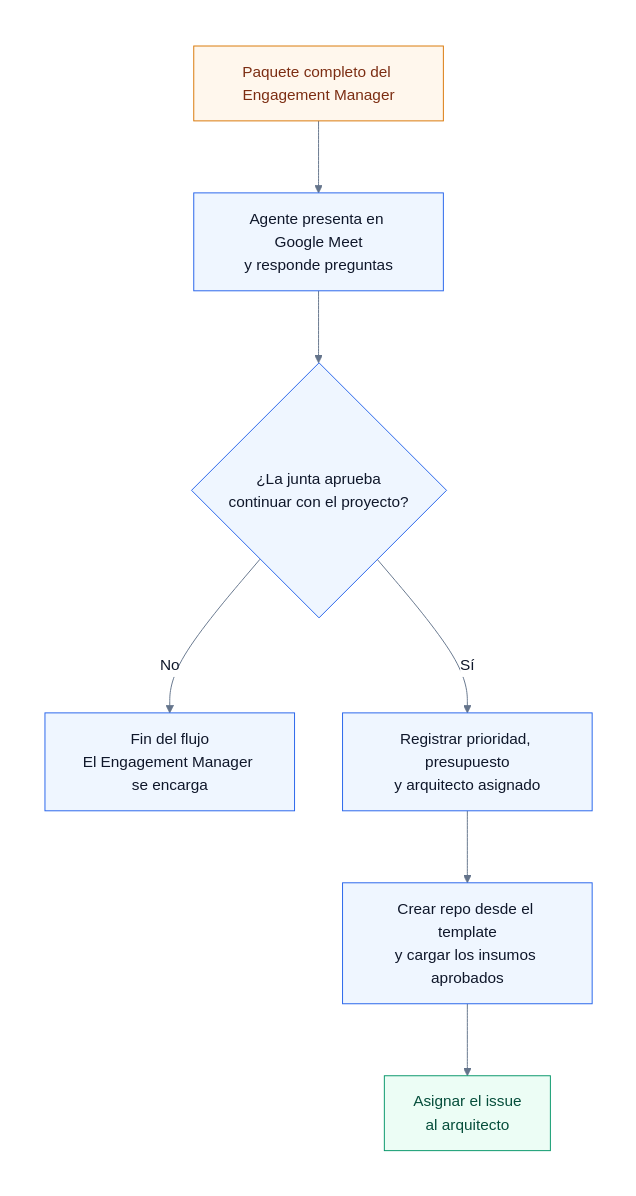
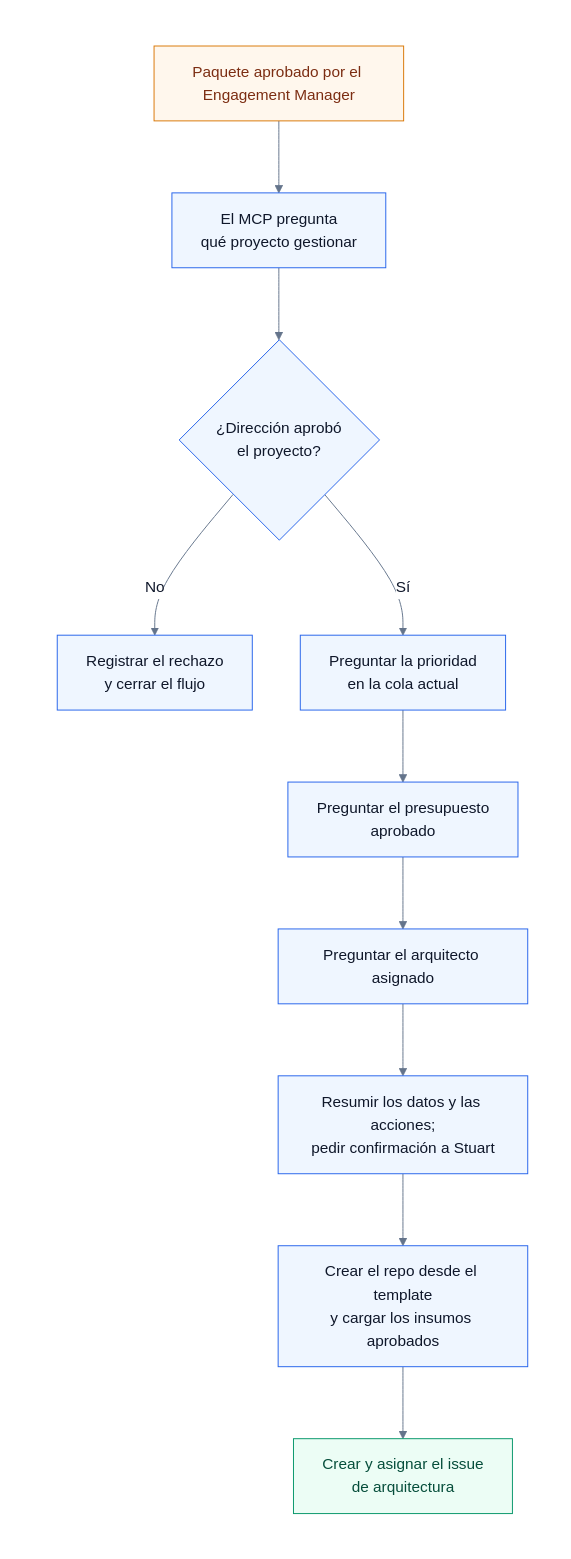
The second of 6 diagrams in issues.md (marcor0311/aws-cloud-consultant-agent), drawn with Mermaid before and after one commit. The commit also changed other lines of this file and 71 other files, not shown here.

````diff
--- a/issues.md
+++ b/issues.md
@@ -54,19 +53,22 @@
 ```mermaid
 %%{init: {"theme":"base","themeVariables":{"darkMode":false,"background":"#ffffff","primaryColor":"#eff6ff","primaryTextColor":"#0f172a","primaryBorderColor":"#2563eb","lineColor":"#64748b","edgeLabelBackground":"#ffffff","clusterBkg":"#ffffff","clusterBorder":"#cbd5e1"},"flowchart":{"diagramPadding":0}}}%%
 flowchart TB
     subgraph lienzo[" "]
         direction TB
-        insumos["Paquete completo del Engagement Manager"] --> agente["Agente presenta en Google Meet<br/>y responde preguntas"]
-        agente --> junta{"¿La junta aprueba<br/>continuar con el proyecto?"}
-        junta -->|No| fin["Fin del flujo<br/>El Engagement Manager se encarga"]
-        junta -->|Sí| decision["Registrar prioridad, presupuesto<br/>y arquitecto asignado"]
-        decision --> repo["Crear repo desde el template<br/>y cargar los insumos aprobados"]
-        repo --> entrega["Asignar el issue<br/>al arquitecto"]
+        insumos["Paquete aprobado por el Engagement Manager"] --> identificar["El MCP pregunta<br/>qué proyecto gestionar"]
+        identificar --> aprobacion{"¿Dirección aprobó<br/>el proyecto?"}
+        aprobacion -->|No| fin["Registrar el rechazo<br/>y cerrar el flujo"]
+        aprobacion -->|Sí| prioridad["Preguntar la prioridad<br/>en la cola actual"]
+        prioridad --> presupuesto["Preguntar el presupuesto<br/>aprobado"]
+        presupuesto --> arquitecto["Preguntar el arquitecto asignado"]
+        arquitecto --> confirmar["Resumir los datos y las acciones;<br/>pedir confirmación a Stuart"]
+        confirmar --> repo["Crear el repo desde el template<br/>y cargar los insumos aprobados"]
+        repo --> entrega["Crear y asignar el issue<br/>de arquitectura"]
         classDef default fill:#eff6ff,stroke:#2563eb,color:#0f172a;
         classDef inicio fill:#fff7ed,stroke:#d97706,color:#7c2d12;
         classDef handoff fill:#ecfdf5,stroke:#059669,color:#064e3b;
         class insumos inicio;
         class entrega handoff;
     end
     style lienzo fill:#ffffff,stroke:#ffffff,stroke-width:128px;
 ```
````
